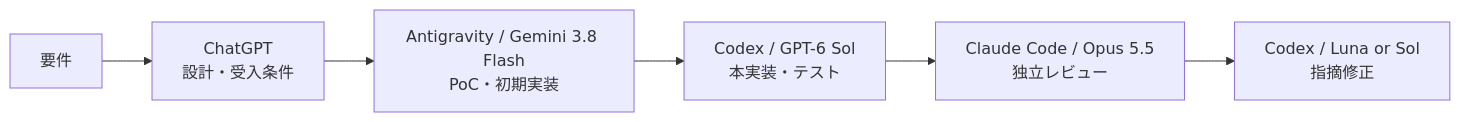
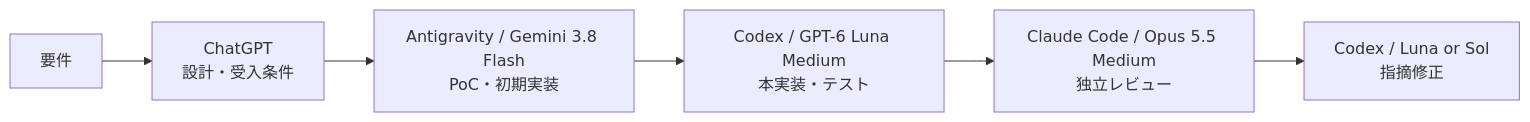
The diagram in docs/cookbook/04-code-refactor.md (moruku36/multi-ai-workflow), drawn with Mermaid before and after one commit. The commit also changed other lines of this file, not shown here.

Commit message:
docs: revise coding recipe for Luna-first workflow

````diff
--- a/docs/cookbook/04-code-refactor.md
+++ b/docs/cookbook/04-code-refactor.md
@@ -9,8 +9,8 @@
 ```mermaid
 flowchart LR
     A[要件] --> B[ChatGPT<br/>設計・受入条件]
     B --> C[Antigravity / Gemini 3.8 Flash<br/>PoC・初期実装]
-    C --> D[Codex / GPT-6 Sol<br/>本実装・テスト]
-    D --> E[Claude Code / Opus 5.5<br/>独立レビュー]
+    C --> D[Codex / GPT-6 Luna Medium<br/>本実装・テスト]
+    D --> E[Claude Code / Opus 5.5 Medium<br/>独立レビュー]
     E --> F[Codex / Luna or Sol<br/>指摘修正]
 ```
````
